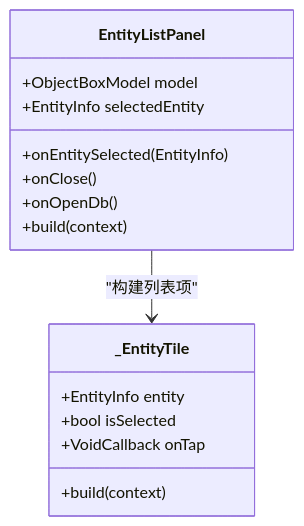
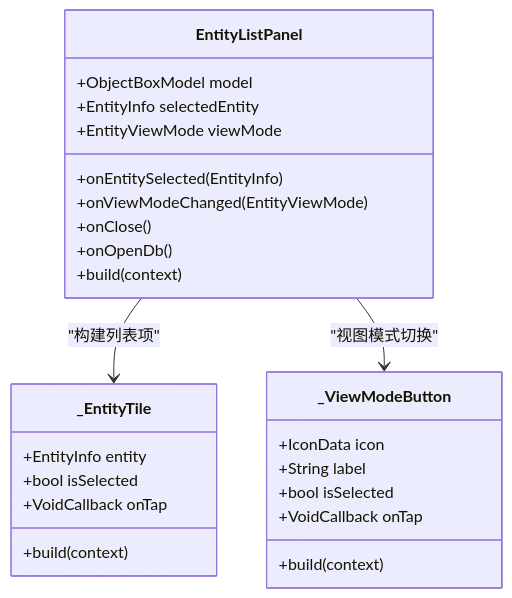
Before and after one commit to kongpf8848/objectbox_viewer: the third of 8 diagrams in .qoder/repowiki/zh/content/UI 组件/实体列表面板.md, drawn with Mermaid. The commit also changed other lines of this file and 9 other files, not shown here.

````diff
--- a/.qoder/repowiki/zh/content/UI 组件/实体列表面板.md
+++ b/.qoder/repowiki/zh/content/UI 组件/实体列表面板.md
@@ -148,18 +174,28 @@
 ```mermaid
 classDiagram
 class EntityListPanel {
 +ObjectBoxModel model
 +EntityInfo selectedEntity
++EntityViewMode viewMode
 +onEntitySelected(EntityInfo)
++onViewModeChanged(EntityViewMode)
 +onClose()
 +onOpenDb()
 +build(context)
 }
 class _EntityTile {
 +EntityInfo entity
 +bool isSelected
 +VoidCallback onTap
 +build(context)
 }
+class _ViewModeButton {
++IconData icon
++String label
++bool isSelected
++VoidCallback onTap
++build(context)
+}
 EntityListPanel --> _EntityTile : "构建列表项"
+EntityListPanel --> _ViewModeButton : "视图模式切换"
 ```
````
